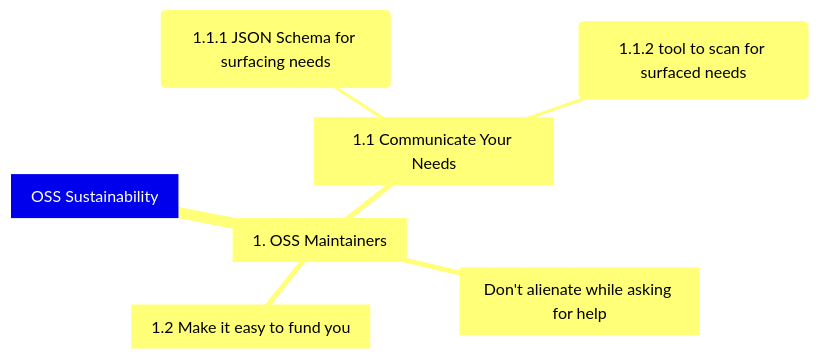
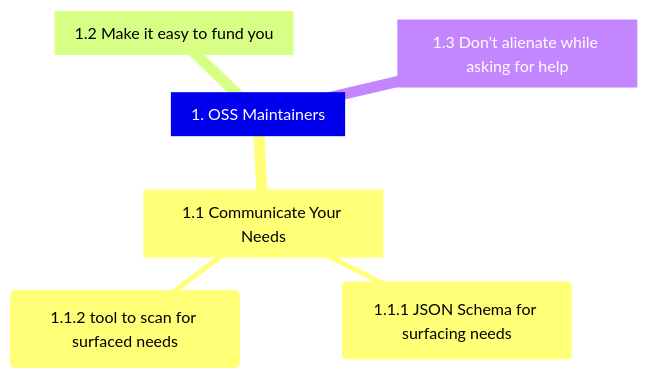
One commit to AWiderDotNET/home changed the first of 8 diagrams in README.md. Above: the diagram before and after it, drawn with Mermaid. The commit also changed other lines of this file, not shown here.

````diff
--- a/README.md
+++ b/README.md
@@ -29,10 +29,9 @@
 ```mermaid
 mindmap
-  root[OSS Sustainability]
-    1[1. OSS Maintainers]
-      1.1[1.1 Communicate Your Needs]
-        1.1.1(1.1.1 JSON Schema for surfacing needs)
-        1.1.2(1.1.2 tool to scan for surfaced needs)
-      1.2[1.2 Make it easy to fund you]
-      1.3[Don't alienate while asking for help]
+  1[1. OSS Maintainers]
+    1.1[1.1 Communicate Your Needs]
+      1.1.1(1.1.1 JSON Schema for surfacing needs)
+      1.1.2(1.1.2 tool to scan for surfaced needs)
+    1.2[1.2 Make it easy to fund you]
+    1.3[1.3 Don't alienate while asking for help]
 ```
````
